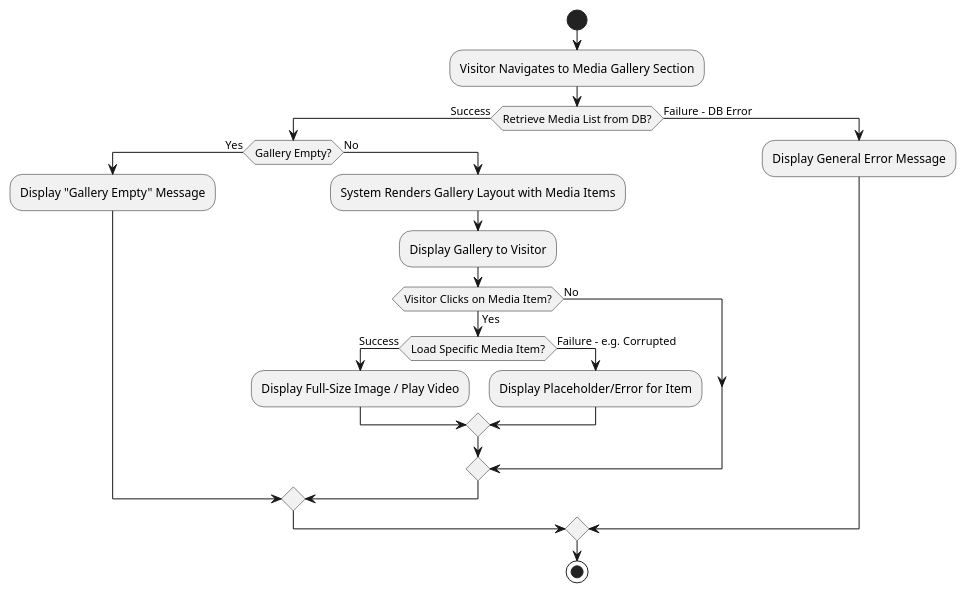
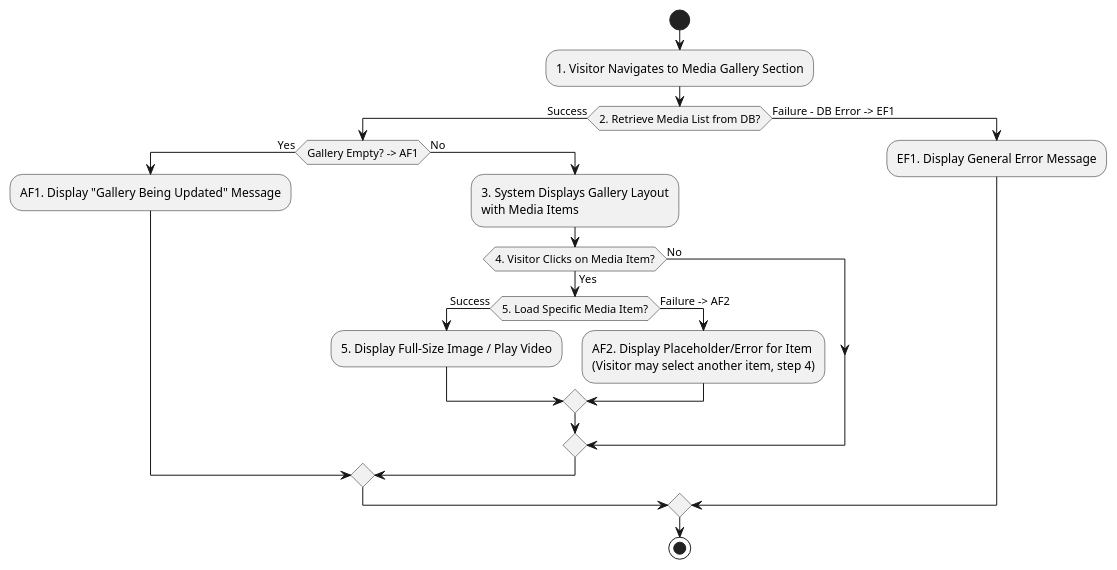
The fifth of 36 diagrams in Academic version/appendix: SRS.md (7azmi/Al-Muneer-Portal), drawn with PlantUML before and after one commit. The commit also changed other lines of this file and 10 other files, not shown here.

````diff
--- a/Academic version/appendix: SRS.md
+++ b/Academic version/appendix: SRS.md
@@ -470,25 +485,24 @@
 ```plantuml
 @startuml
 start
-:Visitor Navigates to Media Gallery Section;
-if (Retrieve Media List from DB?) then (Success)
-  if (Gallery Empty?) then (Yes)
-    :Display "Gallery Empty" Message;
+:1. Visitor Navigates to Media Gallery Section;
+if (2. Retrieve Media List from DB?) then (Success)
+  if (Gallery Empty? -> AF1) then (Yes)
+    :AF1. Display "Gallery Being Updated" Message;
   else (No)
-    :System Renders Gallery Layout with Media Items;
-    :Display Gallery to Visitor;
-    if (Visitor Clicks on Media Item?) then (Yes)
-      if (Load Specific Media Item?) then (Success)
-        :Display Full-Size Image / Play Video;
-      else (Failure - e.g. Corrupted)
-        :Display Placeholder/Error for Item;
+    :3. System Displays Gallery Layout\nwith Media Items;
+    if (4. Visitor Clicks on Media Item?) then (Yes)
+      if (5. Load Specific Media Item?) then (Success)
+        :5. Display Full-Size Image / Play Video;
+      else (Failure -> AF2)
+        :AF2. Display Placeholder/Error for Item\n(Visitor may select another item, step 4);
       endif
     else (No)
     endif
   endif
-else (Failure - DB Error)
-  :Display General Error Message;
+else (Failure - DB Error -> EF1)
+  :EF1. Display General Error Message;
 endif
 stop
 @enduml
 ```
````
